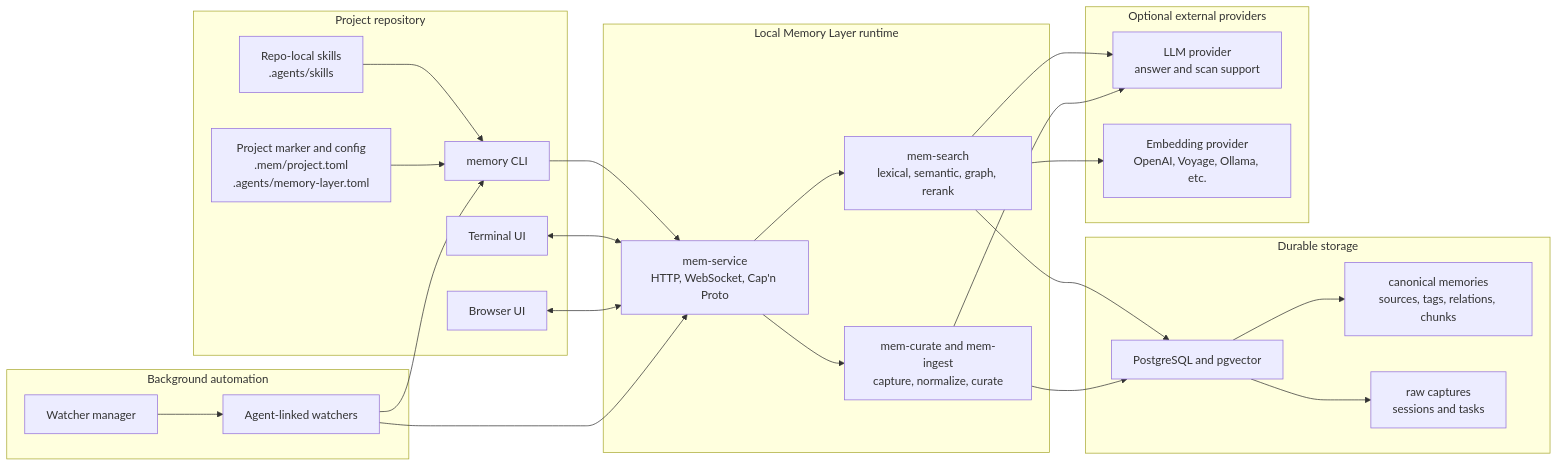
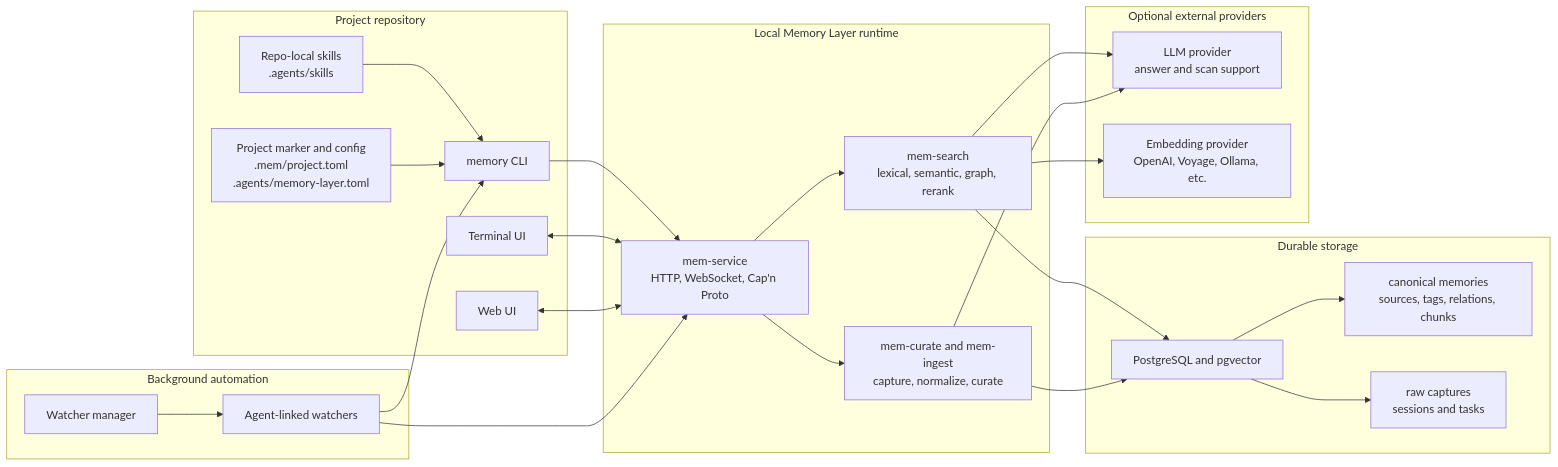
One commit to 3vilM33pl3/memory changed the diagram in docs/developer/architecture/overview.md. Above: the diagram before and after it, drawn with Mermaid. The commit also changed 25 other files, not shown here.

````diff
--- a/docs/developer/architecture/overview.md
+++ b/docs/developer/architecture/overview.md
@@ -42,50 +42,50 @@
 ```mermaid
 flowchart LR
     subgraph ProjectRepo["Project repository"]
         Skills["Repo-local skills<br/>.agents/skills"]
         ProjectConfig["Project marker and config<br/>.mem/project.toml<br/>.agents/memory-layer.toml"]
         CLI["memory CLI"]
         TUI["Terminal UI"]
-        WebUI["Browser UI"]
+        WebUI["Web UI"]
     end
 
     subgraph Automation["Background automation"]
         Manager["Watcher manager"]
         Watchers["Agent-linked watchers"]
     end
 
     subgraph ServiceHost["Local Memory Layer runtime"]
         Service["mem-service<br/>HTTP, WebSocket, Cap'n Proto"]
         Search["mem-search<br/>lexical, semantic, graph, rerank"]
         Curate["mem-curate and mem-ingest<br/>capture, normalize, curate"]
     end
 
     subgraph Storage["Durable storage"]
         Postgres["PostgreSQL and pgvector"]
         Memories["canonical memories<br/>sources, tags, relations, chunks"]
         RawCaptures["raw captures<br/>sessions and tasks"]
     end
 
     subgraph External["Optional external providers"]
         LLM["LLM provider<br/>answer and scan support"]
         Embeddings["Embedding provider<br/>OpenAI, Voyage, Ollama, etc."]
     end
 
     Skills --> CLI
     ProjectConfig --> CLI
     CLI --> Service
     TUI <--> Service
     WebUI <--> Service
     Manager --> Watchers
     Watchers --> CLI
     Watchers --> Service
     Service --> Search
     Service --> Curate
     Search --> Postgres
     Curate --> Postgres
     Postgres --> RawCaptures
     Postgres --> Memories
     Search --> LLM
     Search --> Embeddings
     Curate --> LLM
 ```
````
